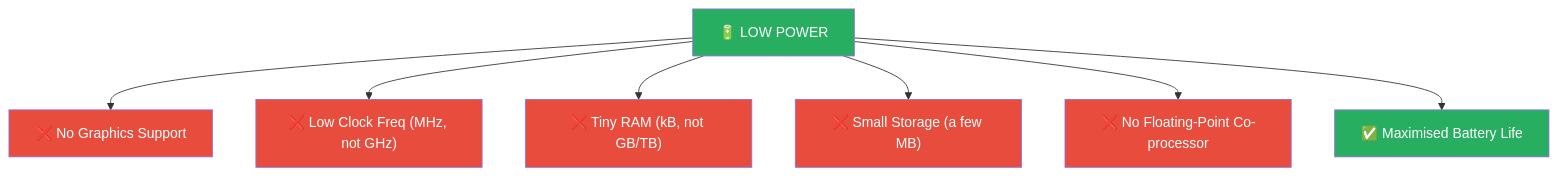
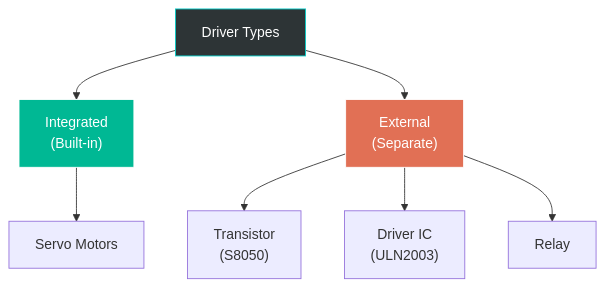
One commit to affaanq/University-Year1-Notes changed the fourth of 13 diagrams in 00_Inbox/01_University/Practical_Computing/Labs/04_Labs.md. Above: the diagram before and after it, drawn with Mermaid. The commit also changed other lines of this file and 2 other files, not shown here.

````diff
--- a/00_Inbox/01_University/Practical_Computing/Labs/04_Labs.md
+++ b/00_Inbox/01_University/Practical_Computing/Labs/04_Labs.md
@@ -92,16 +112,14 @@
 ```mermaid
 graph TD
-    LP["🔋 LOW POWER"] --> NG["❌ No Graphics Support"]
-    LP --> LF["❌ Low Clock Freq (MHz, not GHz)"]
-    LP --> TR["❌ Tiny RAM (kB, not GB/TB)"]
-    LP --> NS["❌ Small Storage (a few MB)"]
-    LP --> NF["❌ No Floating-Point Co-processor"]
-    LP --> BL["✅ Maximised Battery Life"]
-    style LP fill:#27ae60,color:#fff
-    style BL fill:#27ae60,color:#fff
-    style NG fill:#e74c3c,color:#fff
-    style LF fill:#e74c3c,color:#fff
-    style TR fill:#e74c3c,color:#fff
-    style NS fill:#e74c3c,color:#fff
-    style NF fill:#e74c3c,color:#fff
+    DR["Driver Types"] --> INT["Integrated\n(Built-in)"]
+    DR --> EXT["External\n(Separate)"]
+
+    INT --> SERVO["Servo Motors"]
+    EXT --> TR["Transistor\n(S8050)"]
+    EXT --> IC["Driver IC\n(ULN2003)"]
+    EXT --> RL["Relay"]
+
+    style DR fill:#2d3436,stroke:#00cec9,color:#fff
+    style INT fill:#00b894,stroke:#fff,color:#fff
+    style EXT fill:#e17055,stroke:#fff,color:#fff
 ```
````
